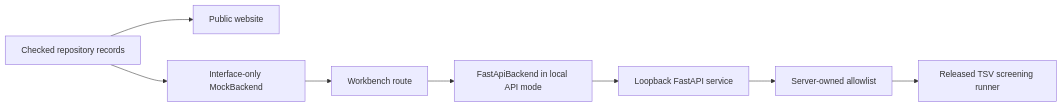
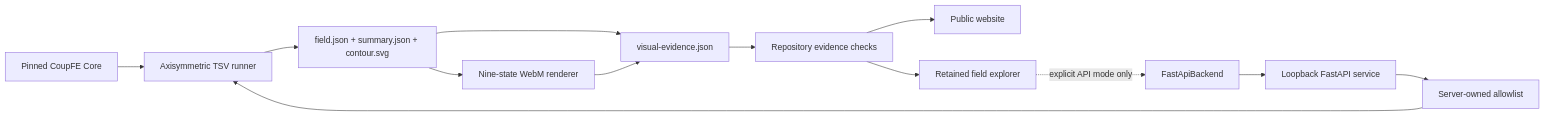
The diagram in web/ARCHITECTURE.md (tengzhang48/CoupFE-EDA), drawn with Mermaid before and after one commit. The commit also changed other lines of this file and 52 other files, not shown here.

Commit message:
Build site around real CoupFE simulation evidence

````diff
--- a/web/ARCHITECTURE.md
+++ b/web/ARCHITECTURE.md
@@ -7,10 +22,15 @@
 ```mermaid
 flowchart LR
-    Data["Checked repository records"] --> Site["Public website"]
-    Data --> Mock["Interface-only MockBackend"]
-    Mock --> UI["Workbench route"]
-    UI --> API["FastApiBackend in local API mode"]
+    Core["Pinned CoupFE Core"] --> Runner["Axisymmetric TSV runner"]
+    Runner --> Field["field.json + summary.json + contour.svg"]
+    Field --> Video["Nine-state WebM renderer"]
+    Field --> Evidence["visual-evidence.json"]
+    Video --> Evidence
+    Evidence --> Check["Repository evidence checks"]
+    Check --> Site["Public website"]
+    Check --> Explorer["Retained field explorer"]
+    Explorer -. "explicit API mode only" .-> API["FastApiBackend"]
     API --> Service["Loopback FastAPI service"]
     Service --> Registry["Server-owned allowlist"]
-    Registry --> TSV["Released TSV screening runner"]
+    Registry --> Runner
 ```
````
